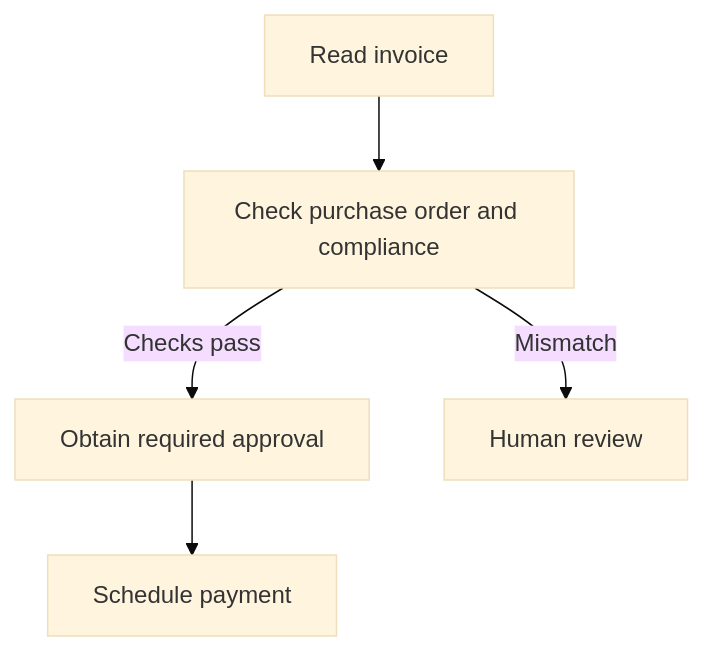
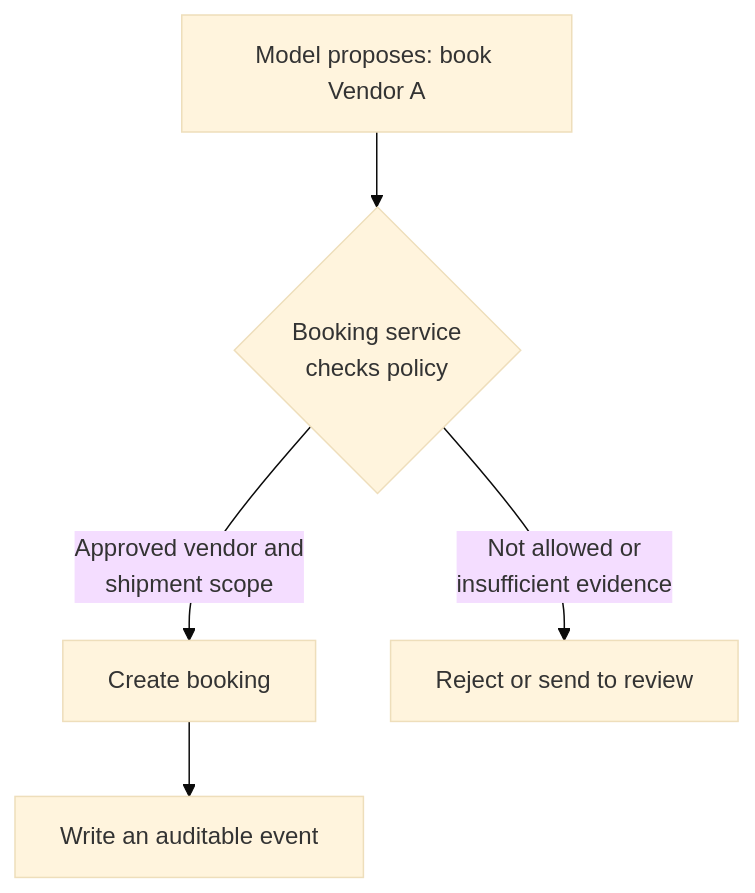
Before and after one commit to shivambats/portfolio: the second of 6 diagrams in posts/ai-agents-in-operations-first-principles.md, drawn with Mermaid (base theme). The commit also changed other lines of this file, not shown here.

````diff
--- a/posts/ai-agents-in-operations-first-principles.md
+++ b/posts/ai-agents-in-operations-first-principles.md
@@ -73,7 +61,7 @@
 ```mermaid
 flowchart TD
-    A["Read invoice"] --> B["Check purchase order and compliance"]
-    B -->|Checks pass| C["Obtain required approval"]
-    B -->|Mismatch| D["Human review"]
-    C --> E["Schedule payment"]
+    A["Model proposes: book Vendor A"] --> B{"Booking service\nchecks policy"}
+    B -->|"Approved vendor and\nshipment scope"| C["Create booking"]
+    B -->|"Not allowed or\ninsufficient evidence"| D["Reject or send to review"]
+    C --> E["Write an auditable event"]
 ```
````
